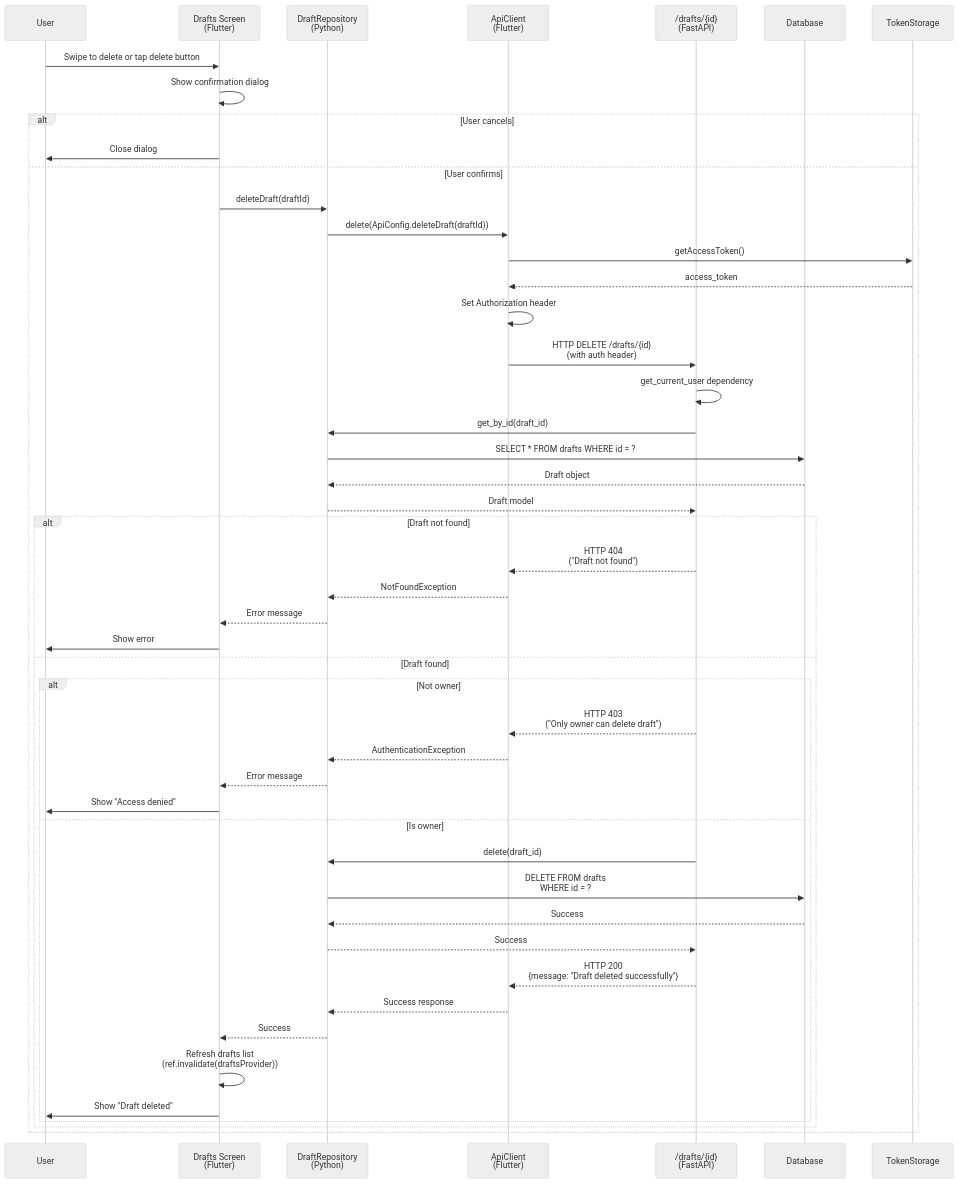
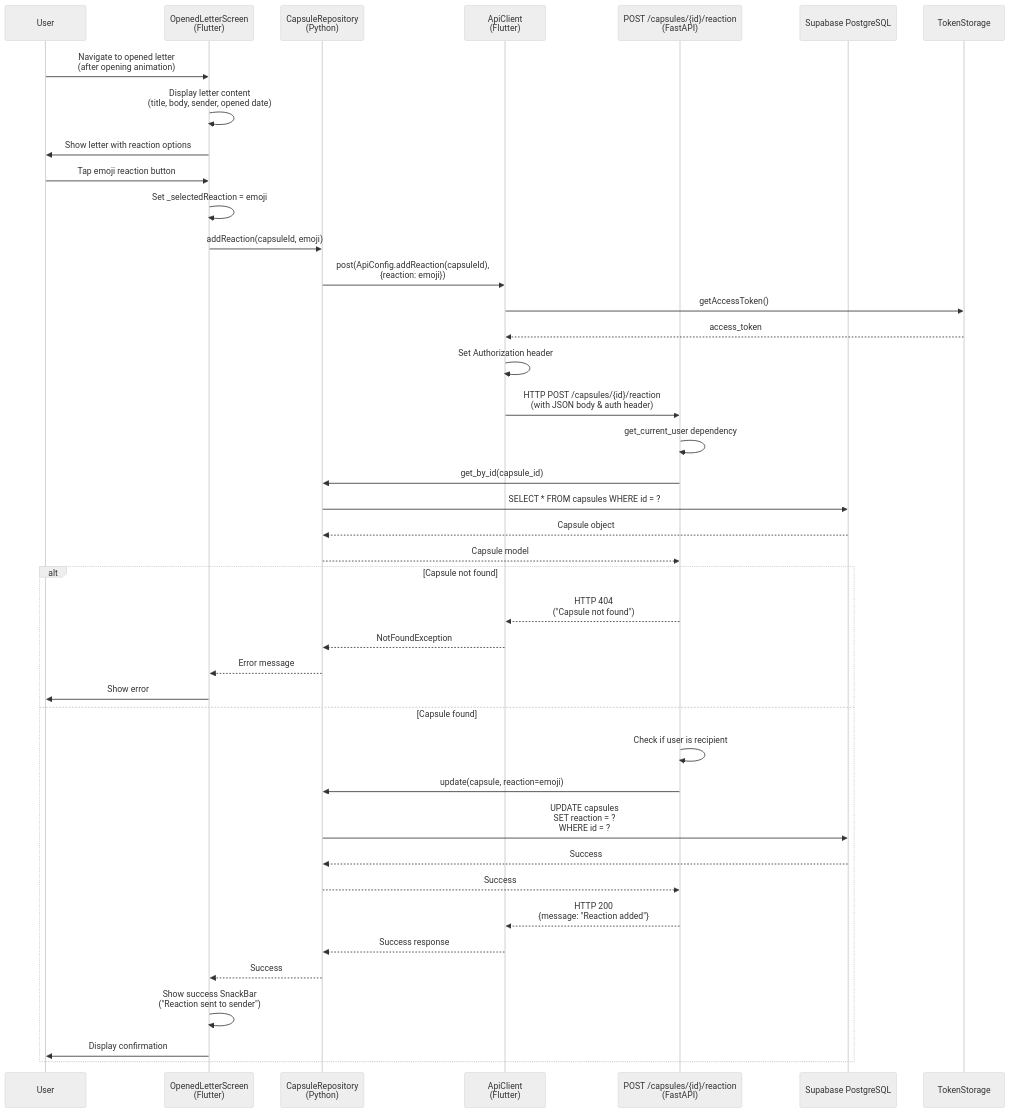
One commit to sunilkumarvuppala/open-on-app changed diagram 17 of 20 in docs/SEQUENCE_DIAGRAMS.md. Above: the diagram before and after it, drawn with Mermaid (neutral theme). The commit also changed other lines of this file and 64 other files, not shown here.

````diff
--- a/docs/SEQUENCE_DIAGRAMS.md
+++ b/docs/SEQUENCE_DIAGRAMS.md
@@ -1393,56 +1356,49 @@
 ```mermaid
 sequenceDiagram
     participant User
-    participant DraftsScreen as Drafts Screen<br/>(Flutter)
-    participant DraftRepo as DraftRepository<br/>(Flutter)
+    participant OpenedLetterScreen as OpenedLetterScreen<br/>(Flutter)
+    participant CapsuleRepo as ApiCapsuleRepository<br/>(Flutter)
     participant ApiClient as ApiClient<br/>(Flutter)
-    participant DraftAPI as /drafts/{id}<br/>(FastAPI)
-    participant DraftRepo as DraftRepository<br/>(Python)
-    participant DB as Database
+    participant CapsuleAPI as POST /capsules/{id}/reaction<br/>(FastAPI)
+    participant CapsuleRepo as CapsuleRepository<br/>(Python)
+    participant DB as Supabase PostgreSQL
 
-    User->>DraftsScreen: Swipe to delete or tap delete button
-    DraftsScreen->>DraftsScreen: Show confirmation dialog
+    User->>OpenedLetterScreen: Navigate to opened letter<br/>(after opening animation)
+    OpenedLetterScreen->>OpenedLetterScreen: Display letter content<br/>(title, body, sender, opened date)
+    OpenedLetterScreen->>User: Show letter with reaction options
     
-    alt User cancels
-        DraftsScreen->>User: Close dialog
-    else User confirms
-        DraftsScreen->>DraftRepo: deleteDraft(draftId)
-        DraftRepo->>ApiClient: delete(ApiConfig.deleteDraft(draftId))
-        ApiClient->>TokenStorage: getAccessToken()
-        TokenStorage-->>ApiClient: access_token
-        ApiClient->>ApiClient: Set Authorization header
-        ApiClient->>DraftAPI: HTTP DELETE /drafts/{id}<br/>(with auth header)
+    User->>OpenedLetterScreen: Tap emoji reaction button
+    OpenedLetterScreen->>OpenedLetterScreen: Set _selectedReaction = emoji
+    OpenedLetterScreen->>CapsuleRepo: addReaction(capsuleId, emoji)
+    
+    CapsuleRepo->>ApiClient: post(ApiConfig.addReaction(capsuleId),<br/>{reaction: emoji})
+    ApiClient->>TokenStorage: getAccessToken()
+    TokenStorage-->>ApiClient: access_token
+    ApiClient->>ApiClient: Set Authorization header
+    ApiClient->>CapsuleAPI: HTTP POST /capsules/{id}/reaction<br/>(with JSON body & auth header)
+    
+    CapsuleAPI->>CapsuleAPI: get_current_user dependency
+    CapsuleAPI->>CapsuleRepo: get_by_id(capsule_id)
+    CapsuleRepo->>DB: SELECT * FROM capsules WHERE id = ?
+    DB-->>CapsuleRepo: Capsule object
+    CapsuleRepo-->>CapsuleAPI: Capsule model
+    
+    alt Capsule not found
+        CapsuleAPI-->>ApiClient: HTTP 404<br/>("Capsule not found")
+        ApiClient-->>CapsuleRepo: NotFoundException
+        CapsuleRepo-->>OpenedLetterScreen: Error message
+        OpenedLetterScreen->>User: Show error
+    else Capsule found
+        CapsuleAPI->>CapsuleAPI: Check if user is recipient
+        CapsuleAPI->>CapsuleRepo: update(capsule, reaction=emoji)
+        CapsuleRepo->>DB: UPDATE capsules<br/>SET reaction = ?<br/>WHERE id = ?
+        DB-->>CapsuleRepo: Success
+        CapsuleRepo-->>CapsuleAPI: Success
         
-        DraftAPI->>DraftAPI: get_current_user dependency
-        DraftAPI->>DraftRepo: get_by_id(draft_id)
-        DraftRepo->>DB: SELECT * FROM drafts WHERE id = ?
-        DB-->>DraftRepo: Draft object
-        DraftRepo-->>DraftAPI: Draft model
-        
-        alt Draft not found
-            DraftAPI-->>ApiClient: HTTP 404<br/>("Draft not found")
-            ApiClient-->>DraftRepo: NotFoundException
-            DraftRepo-->>DraftsScreen: Error message
-            DraftsScreen->>User: Show error
-        else Draft found
-            alt Not owner
-                DraftAPI-->>ApiClient: HTTP 403<br/>("Only owner can delete draft")
-                ApiClient-->>DraftRepo: AuthenticationException
-                DraftRepo-->>DraftsScreen: Error message
-                DraftsScreen->>User: Show "Access denied"
-            else Is owner
-                DraftAPI->>DraftRepo: delete(draft_id)
-                DraftRepo->>DB: DELETE FROM drafts<br/>WHERE id = ?
-                DB-->>DraftRepo: Success
-                DraftRepo-->>DraftAPI: Success
-                
-                DraftAPI-->>ApiClient: HTTP 200<br/>{message: "Draft deleted successfully"}
-                
-                ApiClient-->>DraftRepo: Success response
-                DraftRepo-->>DraftsScreen: Success
-                DraftsScreen->>DraftsScreen: Refresh drafts list<br/>(ref.invalidate(draftsProvider))
-                DraftsScreen->>User: Show "Draft deleted"
-            end
-        end
+        CapsuleAPI-->>ApiClient: HTTP 200<br/>{message: "Reaction added"}
+        ApiClient-->>CapsuleRepo: Success response
+        CapsuleRepo-->>OpenedLetterScreen: Success
+        OpenedLetterScreen->>OpenedLetterScreen: Show success SnackBar<br/>("Reaction sent to sender")
+        OpenedLetterScreen->>User: Display confirmation
     end
 ```
````
